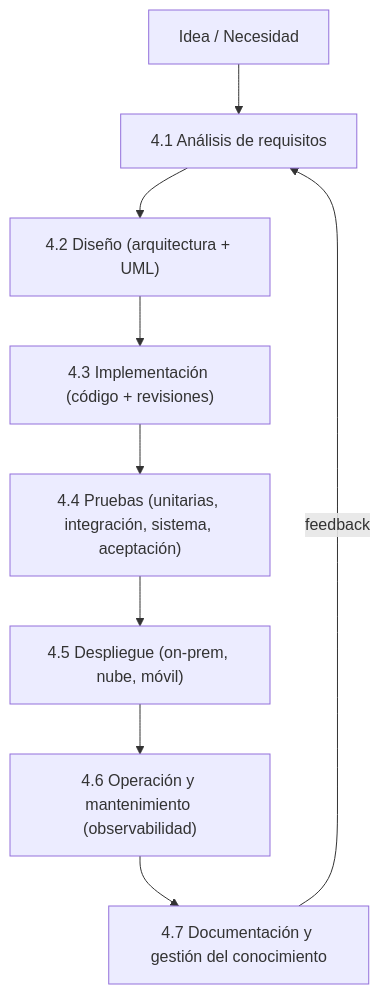
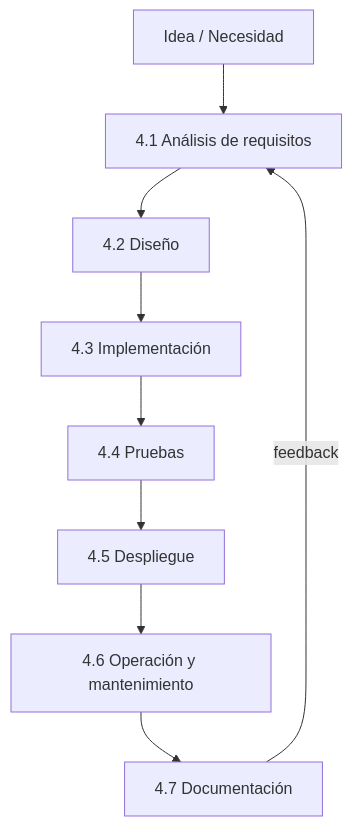
The first of 9 diagrams in docs/tema1/fases.md (aitorventura/entornos-de-desarrollo), drawn with Mermaid before and after one commit. The commit also changed other lines of this file and 75 other files, not shown here.

````diff
--- a/docs/tema1/fases.md
+++ b/docs/tema1/fases.md
@@ -12,11 +18,11 @@
 ```mermaid
 flowchart TB
   A[Idea / Necesidad] --> B["4.1 Análisis de requisitos"]
-  B --> C["4.2 Diseño (arquitectura + UML)"]
-  C --> D["4.3 Implementación (código + revisiones)"]
-  D --> E["4.4 Pruebas (unitarias, integración, sistema, aceptación)"]
-  E --> G["4.5 Despliegue (on‑prem, nube, móvil)"]
-  G --> H["4.6 Operación y mantenimiento (observabilidad)"]
-  H --> I["4.7 Documentación y gestión del conocimiento"]
+  B --> C["4.2 Diseño "]
+  C --> D["4.3 Implementación"]
+  D --> E["4.4 Pruebas "]
+  E --> G["4.5 Despliegue "]
+  G --> H["4.6 Operación y mantenimiento "]
+  H --> I["4.7 Documentación"]
   I -->|feedback| B
 ```
````
